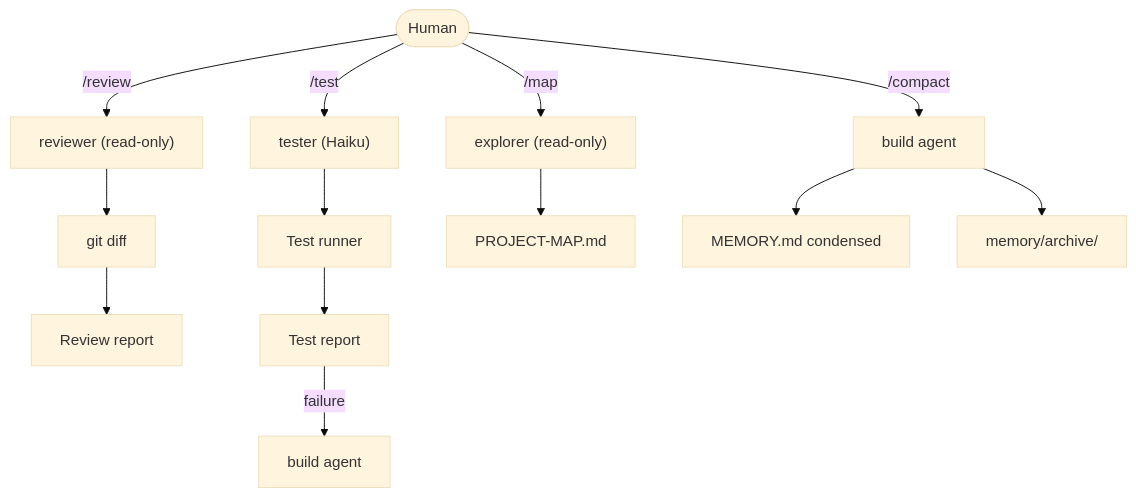
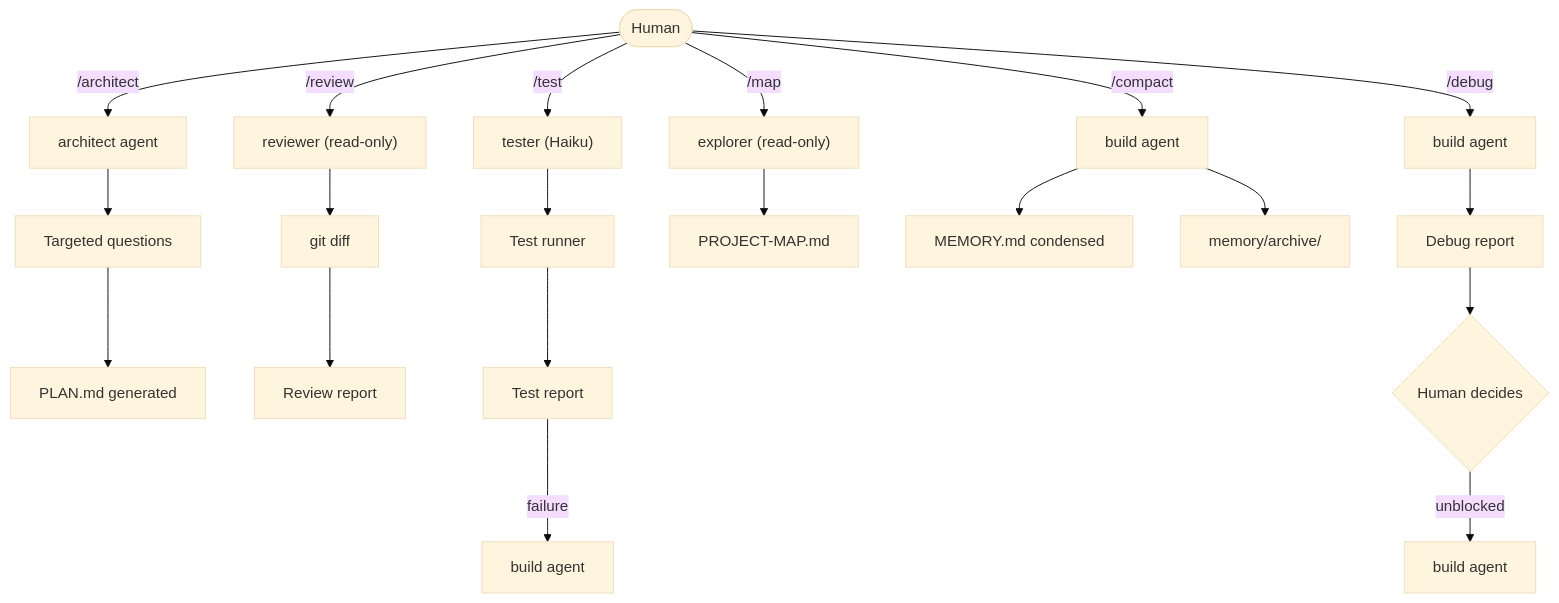
One commit to ba544a7c93f99fcc91e78e0c49c2008c/opencode-starter changed the third of 4 diagrams in README.md. Above: the diagram before and after it, drawn with Mermaid (base theme). The commit also changed other lines of this file and 2 other files, not shown here.

First line of the commit message:
feat: add /debug command and update docs for /architect

````diff
--- a/README.md
+++ b/README.md
@@ -87,20 +89,29 @@
 ```mermaid
 flowchart TD
     H([Human])
+
+    H -->|"/architect"| ARCH[architect agent]
+    ARCH --> Q[Targeted questions]
+    Q --> PL[PLAN.md generated]
 
     H -->|"/review"| RV["reviewer (read-only)"]
     RV --> GD[git diff]
     GD --> R1[Review report]
 
     H -->|"/test"| TST["tester (Haiku)"]
     TST --> TR[Test runner]
     TR --> R2[Test report]
     R2 -->|failure| BLD[build agent]
 
     H -->|"/map"| EXP["explorer (read-only)"]
     EXP --> PM[PROJECT-MAP.md]
 
     H -->|"/compact"| B2[build agent]
     B2 --> MEM["MEMORY.md condensed"]
     B2 --> ARC["memory/archive/"]
+
+    H -->|"/debug"| DBG[build agent]
+    DBG --> DR[Debug report]
+    DR --> HD{Human decides}
+    HD -->|unblocked| BLD2[build agent]
 ```
````
